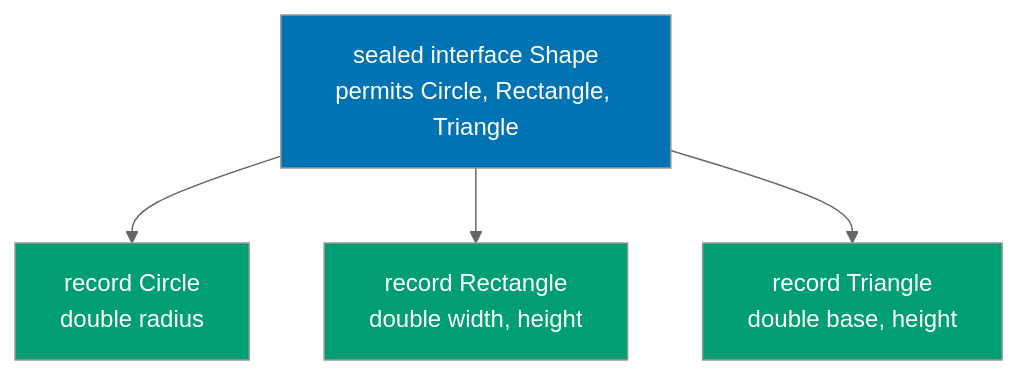
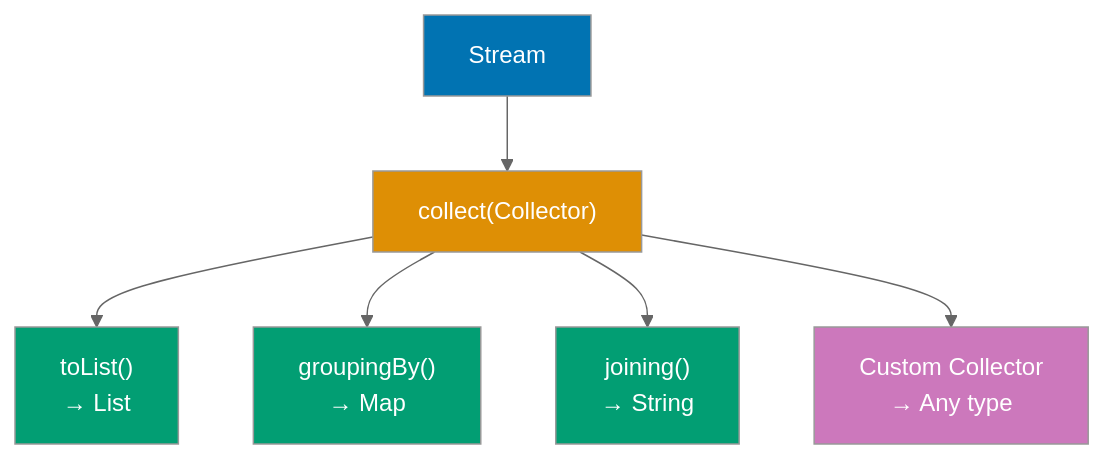
One commit to wahidyankf/open-sharia-enterprise changed the seventh of 8 diagrams in apps/ayokoding-web/content/en/learn/software-engineering/programming-languages/java/tutorials/by-example/intermediate.md. Above: the diagram before and after it, drawn with Mermaid (neutral theme). The commit also changed other lines of this file and 14 other files, not shown here.

````diff
--- a/apps/ayokoding-web/content/en/learn/software-engineering/programming-languages/java/tutorials/by-example/intermediate.md
+++ b/apps/ayokoding-web/content/en/learn/software-engineering/programming-languages/java/tutorials/by-example/intermediate.md
@@ -4784,13 +945,16 @@
 ```mermaid
 %% Color Palette: Blue #0173B2, Orange #DE8F05, Teal #029E73, Purple #CC78BC, Brown #CA9161
 graph TD
-    Sealed["sealed interface Shape<br/>permits Circle, Rectangle, Triangle"]
-    Sealed --> Circle["record Circle<br/>double radius"]
-    Sealed --> Rectangle["record Rectangle<br/>double width, height"]
-    Sealed --> Triangle["record Triangle<br/>double base, height"]
+    Stream["Stream<String>"] --> Collect["collect#40;Collector#41;"]
+    Collect --> ToList["toList#40;#41;<br/>→ List"]
+    Collect --> GroupBy["groupingBy#40;#41;<br/>→ Map"]
+    Collect --> Joining["joining#40;#41;<br/>→ String"]
+    Collect --> Custom["Custom Collector<br/>→ Any type"]
 
-    style Sealed fill:#0173B2,color:#fff
-    style Circle fill:#029E73,color:#fff
-    style Rectangle fill:#029E73,color:#fff
-    style Triangle fill:#029E73,color:#fff
+    style Stream fill:#0173B2,color:#fff
+    style Collect fill:#DE8F05,color:#fff
+    style ToList fill:#029E73,color:#fff
+    style GroupBy fill:#029E73,color:#fff
+    style Joining fill:#029E73,color:#fff
+    style Custom fill:#CC78BC,color:#fff
 ```
````
